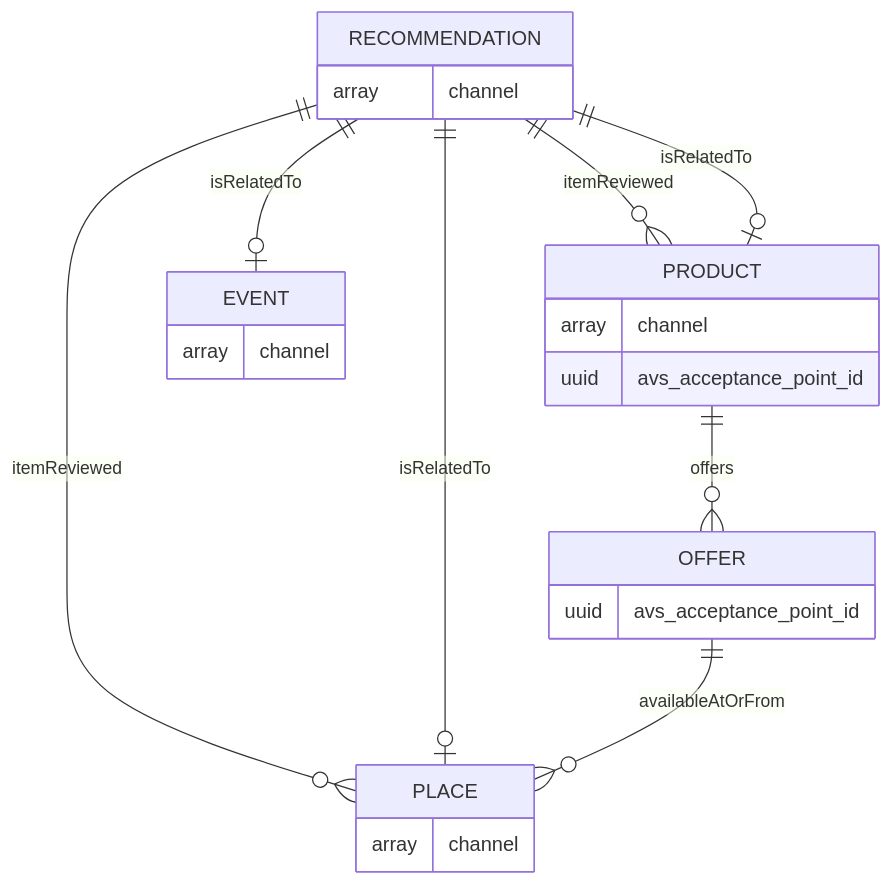
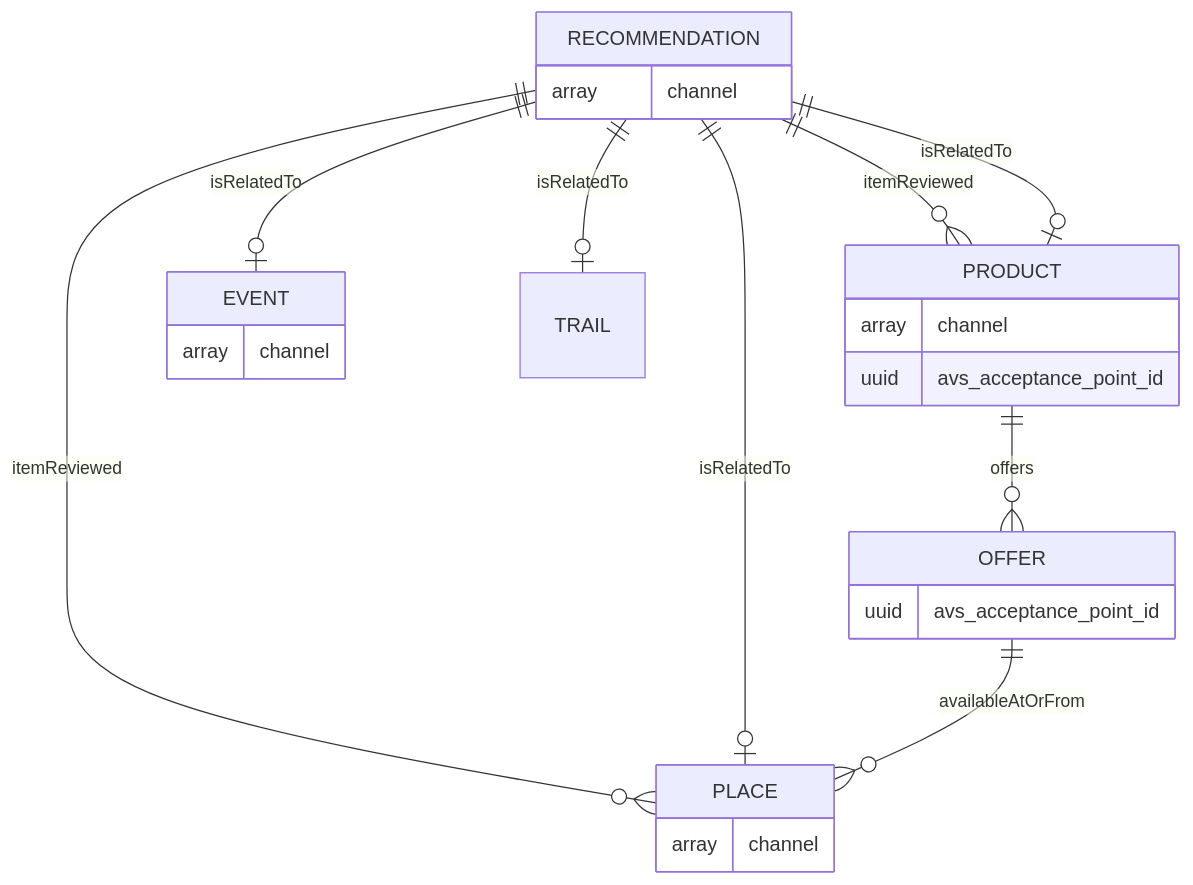
The third of 3 diagrams in docs/dev/projects/glarnerlandApp.md (tsolenthaler/docs.contentdesk.io), drawn with Mermaid before and after one commit. The commit also changed other lines of this file, not shown here.

Commit message:
Refactor schema and update relationships in glarnerlandApp.md

````diff
--- a/docs/dev/projects/glarnerlandApp.md
+++ b/docs/dev/projects/glarnerlandApp.md
@@ -49,33 +49,34 @@
 ``` mermaid
 erDiagram
     RECOMMENDATION ||--o{ PLACE : itemReviewed
     RECOMMENDATION{
         array channel
     }
     RECOMMENDATION ||--o{ PRODUCT : itemReviewed
     
     RECOMMENDATION ||--o| PRODUCT : isRelatedTo
     RECOMMENDATION ||--o| EVENT : isRelatedTo
     RECOMMENDATION ||--o| PLACE : isRelatedTo
+    RECOMMENDATION ||--o| TRAIL : isRelatedTo
 
     PRODUCT{
         array channel
         uuid avs_acceptance_point_id
     }
 
     PRODUCT ||--o{ OFFER : offers
 
     OFFER{
         uuid avs_acceptance_point_id
     }
 
     OFFER ||--o{ PLACE : availableAtOrFrom
 
     PLACE{
         array channel
     }
 
     EVENT{
         array channel
     }
 ```
````
